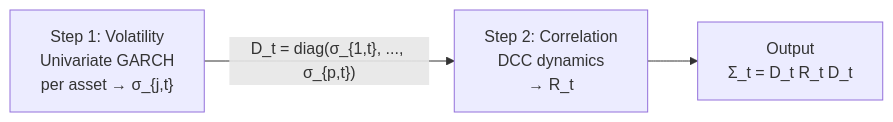
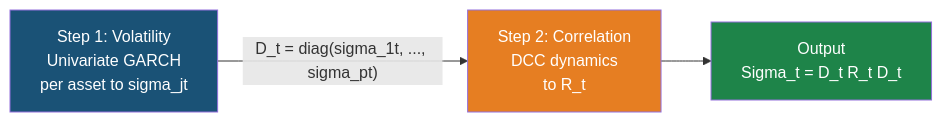
The third of 7 diagrams in vol-learning-guide/markdown/ch14-multivariate-volatility.md (xRyann2255/ML-GS), drawn with Mermaid before and after one commit. The commit also changed other lines of this file and 10 other files, not shown here.

Commit message:
docs(vol-guide): regenerate markdown mirrors after diagram audit (ch10 taxonomy + ch03 decision-tree semantic; 9 re-layout refreshes)

````diff
--- a/vol-learning-guide/markdown/ch14-multivariate-volatility.md
+++ b/vol-learning-guide/markdown/ch14-multivariate-volatility.md
@@ -219,9 +136,8 @@
 ```mermaid
 flowchart LR
-    A["Step 1: Volatility\nUnivariate GARCH\nper asset → σ_{j,t}"]
-    B["Step 2: Correlation\nDCC dynamics\n→ R_t"]
-    C["Output\nΣ_t = D_t R_t D_t"]
-
-    A -->|"D_t = diag(σ_{1,t}, ..., σ_{p,t})"| B
-    B --> C
+    vol["Step 1: Volatility<br/>Univariate GARCH<br/>per asset to sigma_jt"] -->|"D_t = diag(sigma_1t, ..., sigma_pt)"| corr["Step 2: Correlation<br/>DCC dynamics<br/>to R_t"]
+    corr --> cov["Output<br/>Sigma_t = D_t R_t D_t"]
+    style vol fill:#1a5276,color:#fff
+    style corr fill:#e67e22,color:#fff
+    style cov fill:#1e8449,color:#fff
 ```
````
